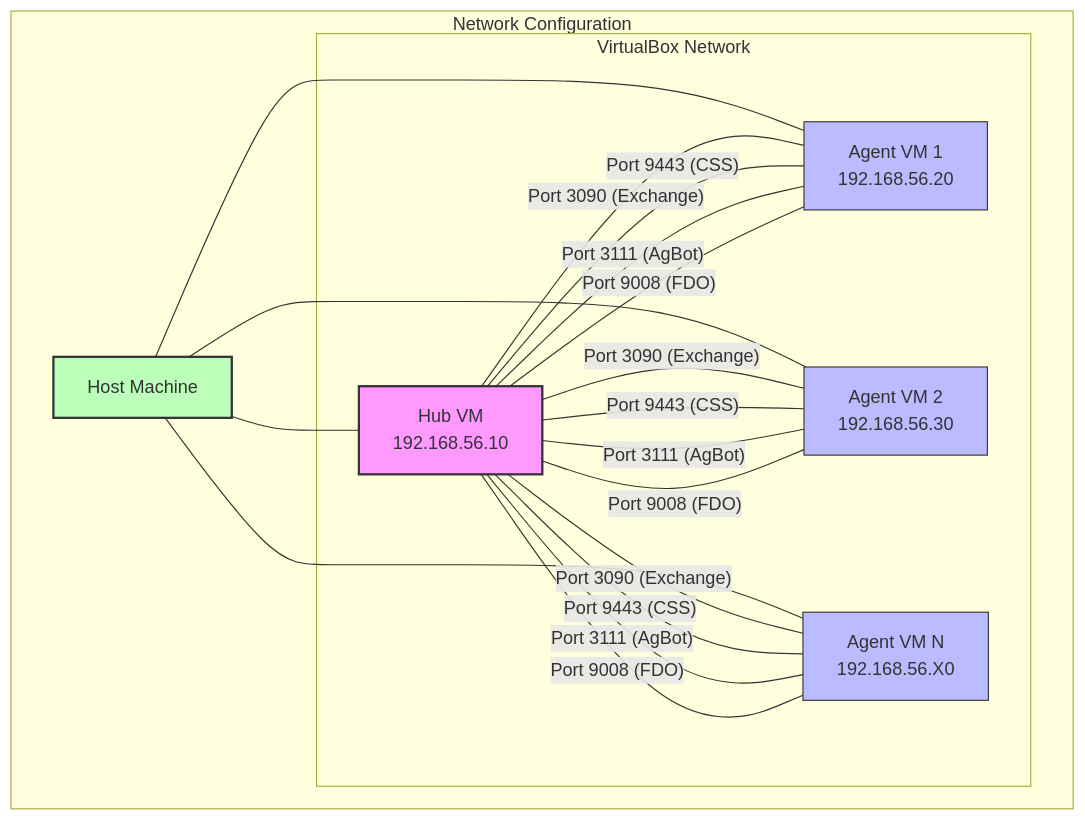
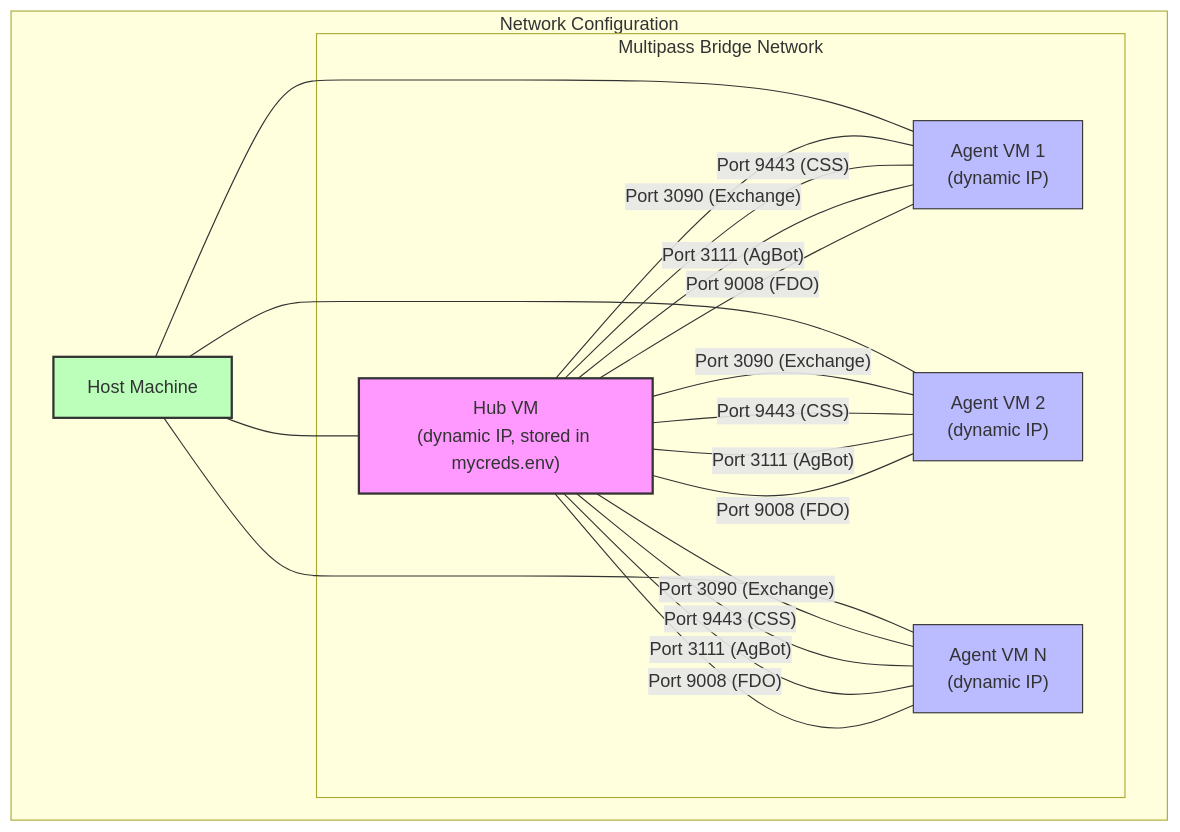
The fifth of 5 diagrams in README.md (open-horizon-services/demo-in-a-box), drawn with Mermaid before and after one commit. The commit also changed other lines of this file and 19 other files, not shown here.

First line of the commit message:
feat: replace Vagrant+VirtualBox with Multipass+cloud-init

````diff
--- a/README.md
+++ b/README.md
@@ -216,43 +210,43 @@
 ```mermaid
 graph TD
     subgraph "Network Configuration"
     
     Host["Host Machine"]
     
-    subgraph "VirtualBox Network"
-    Hub["Hub VM\n192.168.56.10"]
-    Agent1["Agent VM 1\n192.168.56.20"]
-    Agent2["Agent VM 2\n192.168.56.30"]
-    AgentN["Agent VM N\n192.168.56.X0"]
+    subgraph "Multipass Bridge Network"
+    Hub["Hub VM\n(dynamic IP, stored in mycreds.env)"]
+    Agent1["Agent VM 1\n(dynamic IP)"]
+    Agent2["Agent VM 2\n(dynamic IP)"]
+    AgentN["Agent VM N\n(dynamic IP)"]
     end
     
     Host --- Hub
     Host --- Agent1
     Host --- Agent2
     Host --- AgentN
     
     Hub -- "Port 3090 (Exchange)" --- Agent1
     Hub -- "Port 3090 (Exchange)" --- Agent2
     Hub -- "Port 3090 (Exchange)" --- AgentN
     
     Hub -- "Port 9443 (CSS)" --- Agent1
     Hub -- "Port 9443 (CSS)" --- Agent2
     Hub -- "Port 9443 (CSS)" --- AgentN
     
     Hub -- "Port 3111 (AgBot)" --- Agent1
     Hub -- "Port 3111 (AgBot)" --- Agent2
     Hub -- "Port 3111 (AgBot)" --- AgentN
     
     Hub -- "Port 9008 (FDO)" --- Agent1
     Hub -- "Port 9008 (FDO)" --- Agent2
     Hub -- "Port 9008 (FDO)" --- AgentN
     
     classDef host fill:#bfb,stroke:#333,stroke-width:2px
     classDef hub fill:#f9f,stroke:#333,stroke-width:2px
     classDef agent fill:#bbf,stroke:#333,stroke-width:1px
     class Host host
     class Hub hub
     class Agent1,Agent2,AgentN agent
     
     end
 ```
````
